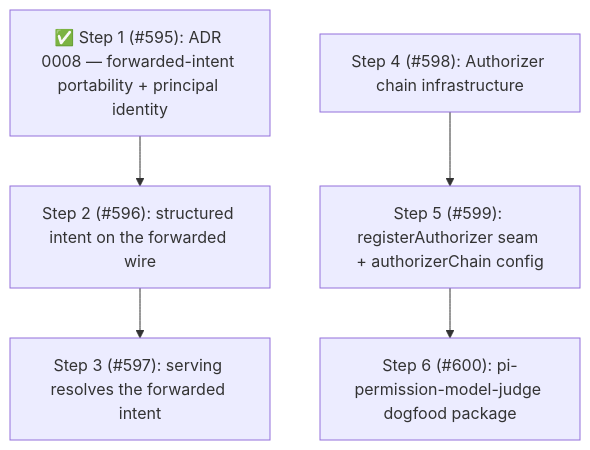
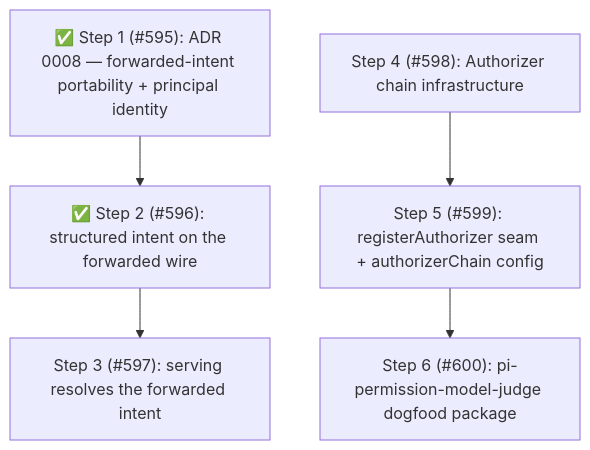
Before and after one commit to sycghj/pi-permission-system: the fourth of 4 diagrams in docs/architecture/architecture.md, drawn with Mermaid. The commit also changed other lines of this file, not shown here.

Commit message:
docs(pi-permission-system): mark Phase 12 Step 2 complete (#596)

````diff
--- a/docs/architecture/architecture.md
+++ b/docs/architecture/architecture.md
@@ -912,7 +915,7 @@
 ```mermaid
 flowchart TD
-    S1["✅ Step 1 (#595): ADR 0008 — forwarded-intent portability + principal identity"] --> S2["Step 2 (#596): structured intent on the forwarded wire"]
+    S1["✅ Step 1 (#595): ADR 0008 — forwarded-intent portability + principal identity"] --> S2["✅ Step 2 (#596): structured intent on the forwarded wire"]
     S2 --> S3["Step 3 (#597): serving resolves the forwarded intent"]
     S4["Step 4 (#598): Authorizer chain infrastructure"] --> S5["Step 5 (#599): registerAuthorizer seam + authorizerChain config"]
     S5 --> S6["Step 6 (#600): pi-permission-model-judge dogfood package"]
 ```
````
